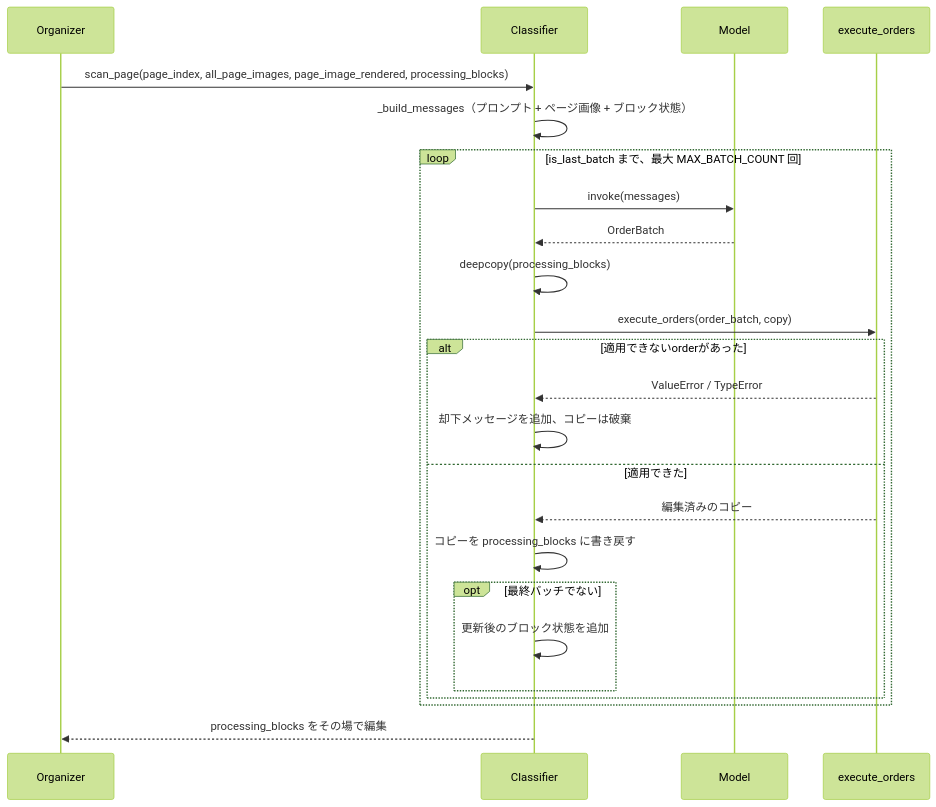
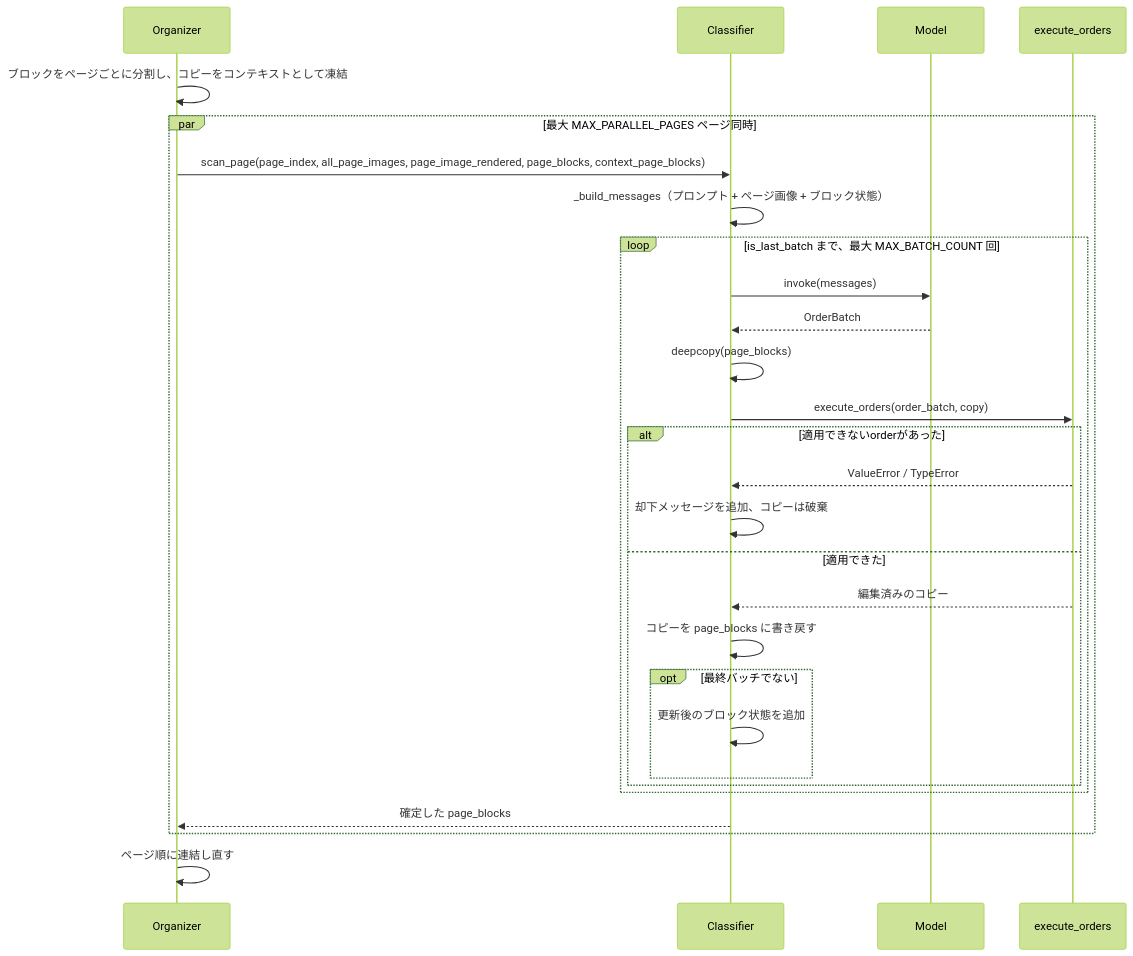
The second of 3 diagrams in Uploader/OcrModule/Blocked/Docs/StructureOrganizer.ja.md (konbraphat51/SuperSuat), drawn with Mermaid (forest theme) before and after one commit. The commit also changed other lines of this file and 7 other files, not shown here.

````diff
--- a/Uploader/OcrModule/Blocked/Docs/StructureOrganizer.ja.md
+++ b/Uploader/OcrModule/Blocked/Docs/StructureOrganizer.ja.md
@@ -111,26 +119,30 @@
 ```mermaid
 sequenceDiagram
     participant Organizer
     participant Classifier
     participant Model
     participant Executor as execute_orders
-    Organizer->>Classifier: scan_page(page_index, all_page_images, page_image_rendered, processing_blocks)
+    Organizer->>Organizer: ブロックをページごとに分割し、コピーをコンテキストとして凍結
+    par 最大 MAX_PARALLEL_PAGES ページ同時
+    Organizer->>Classifier: scan_page(page_index, all_page_images, page_image_rendered, page_blocks, context_page_blocks)
     Classifier->>Classifier: _build_messages（プロンプト + ページ画像 + ブロック状態）
     loop is_last_batch まで、最大 MAX_BATCH_COUNT 回
         Classifier->>Model: invoke(messages)
         Model-->>Classifier: OrderBatch
-        Classifier->>Classifier: deepcopy(processing_blocks)
+        Classifier->>Classifier: deepcopy(page_blocks)
         Classifier->>Executor: execute_orders(order_batch, copy)
         alt 適用できないorderがあった
             Executor-->>Classifier: ValueError / TypeError
             Classifier->>Classifier: 却下メッセージを追加、コピーは破棄
         else 適用できた
             Executor-->>Classifier: 編集済みのコピー
-            Classifier->>Classifier: コピーを processing_blocks に書き戻す
+            Classifier->>Classifier: コピーを page_blocks に書き戻す
             opt 最終バッチでない
                 Classifier->>Classifier: 更新後のブロック状態を追加
             end
         end
     end
-    Classifier-->>Organizer: processing_blocks をその場で編集
+    Classifier-->>Organizer: 確定した page_blocks
+    end
+    Organizer->>Organizer: ページ順に連結し直す
 ```
````
